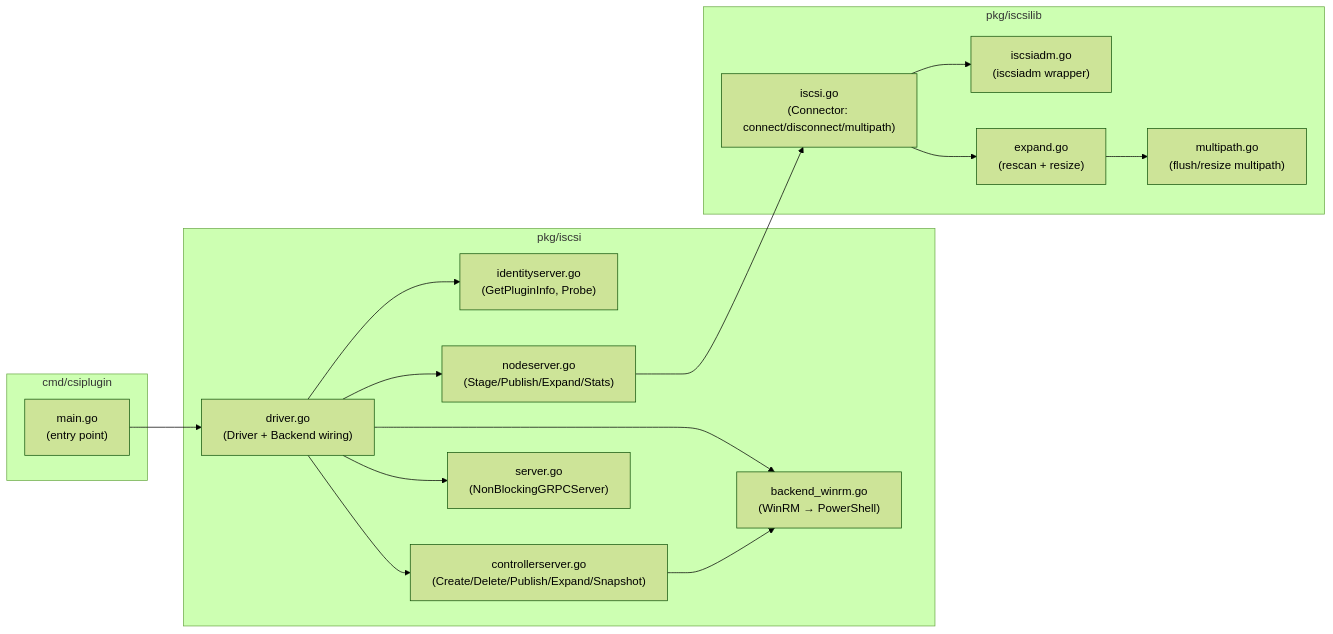
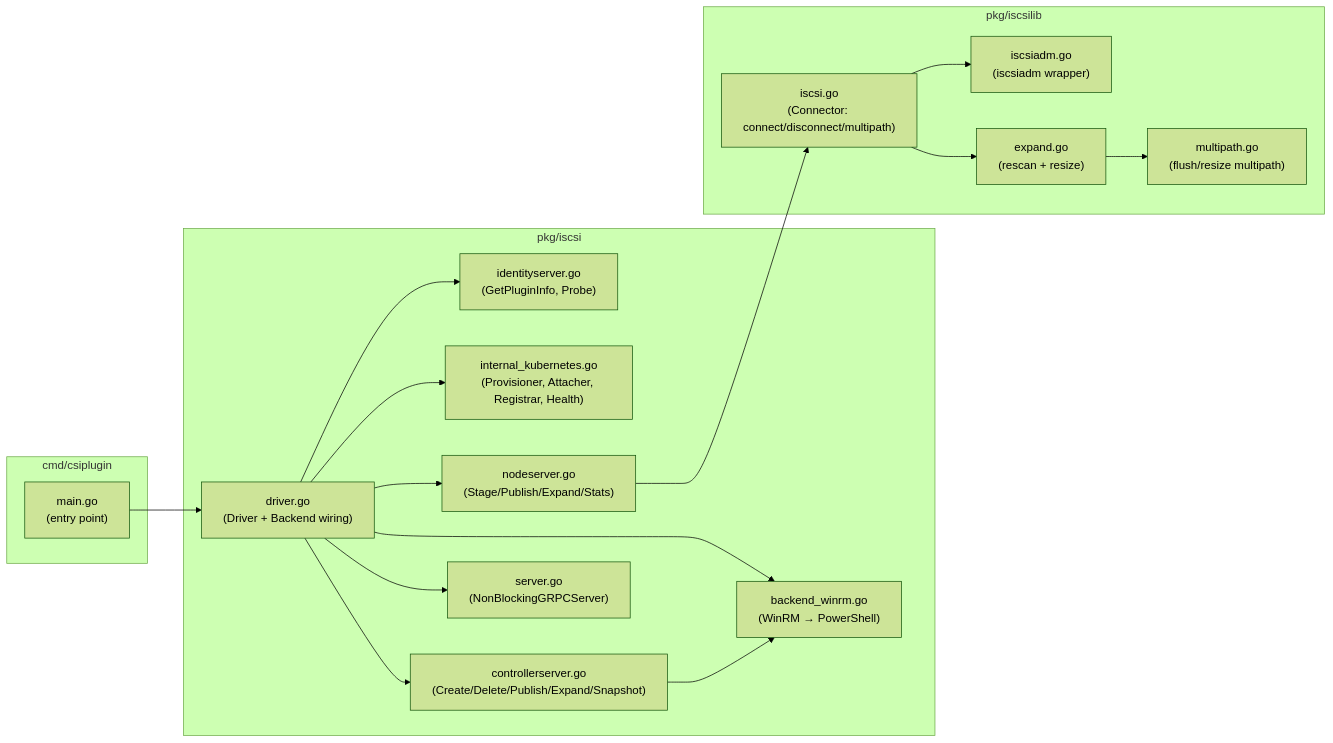
Before and after one commit to taliesins/csi-driver-for-windows-storage-server: the second of 4 diagrams in docs/architecture.md, drawn with Mermaid (forest theme). The commit also changed other lines of this file and 21 other files, not shown here.

````diff
--- a/docs/architecture.md
+++ b/docs/architecture.md
@@ -65,35 +65,37 @@
 ```mermaid
 graph LR
     subgraph cmd["cmd/csiplugin"]
         Main["main.go<br/>(entry point)"]
     end
 
     subgraph pkg_iscsi["pkg/iscsi"]
         Driver["driver.go<br/>(Driver + Backend wiring)"]
         Identity["identityserver.go<br/>(GetPluginInfo, Probe)"]
+        InternalKubernetes["internal_kubernetes.go<br/>(Provisioner, Attacher, Registrar, Health)"]
         Controller["controllerserver.go<br/>(Create/Delete/Publish/Expand/Snapshot)"]
         Node["nodeserver.go<br/>(Stage/Publish/Expand/Stats)"]
         Server["server.go<br/>(NonBlockingGRPCServer)"]
         Backend["backend_winrm.go<br/>(WinRM → PowerShell)"]
     end
 
     subgraph pkg_iscsilib["pkg/iscsilib"]
         Connector["iscsi.go<br/>(Connector: connect/disconnect/multipath)"]
         CLI["iscsiadm.go<br/>(iscsiadm wrapper)"]
         Expand["expand.go<br/>(rescan + resize)"]
         MP["multipath.go<br/>(flush/resize multipath)"]
     end
 
     Main --> Driver
     Driver --> Identity
+    Driver --> InternalKubernetes
     Driver --> Controller
     Driver --> Node
     Driver --> Server
     Driver --> Backend
 
     Controller --> Backend
     Node --> Connector
     Connector --> CLI
     Connector --> Expand
     Expand --> MP
 ```
````
